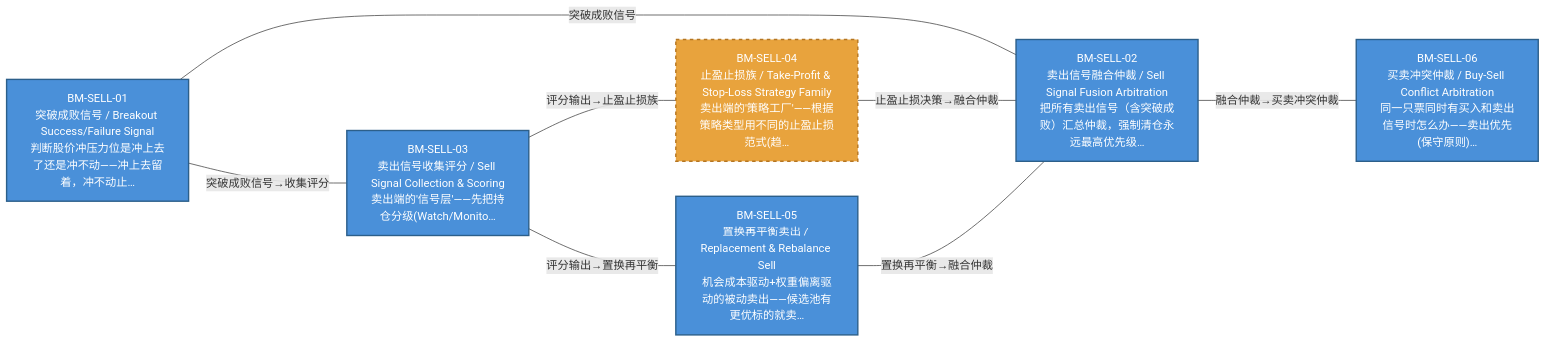
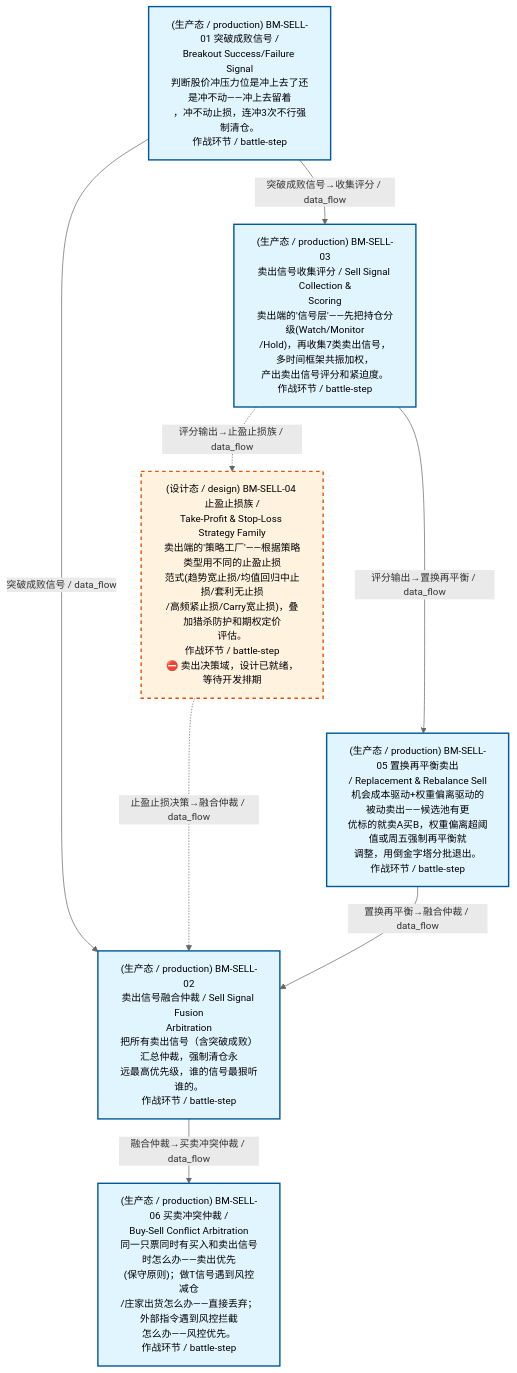
One commit to xuanFelixVan/ZephyrAlpha changed the diagram in docs/02_enterprise_architecture/07_trading_decision_architecture/battle_map/battle_map_03_sell_flow.md. Above: the diagram before and after it, drawn with Mermaid. The commit also changed other lines of this file and 10 other files, not shown here.

First line of the commit message:
feat(battle_map): 按可视化视图模板升级作战地图全部文档

````diff
--- a/docs/02_enterprise_architecture/07_trading_decision_architecture/battle_map/battle_map_03_sell_flow.md
+++ b/docs/02_enterprise_architecture/07_trading_decision_architecture/battle_map/battle_map_03_sell_flow.md
@@ -15,22 +38,26 @@
 ```mermaid
+%%{init: {'theme': 'base', 'themeVariables': {'primaryColor': '#eaeaea', 'primaryTextColor': '#333333', 'primaryBorderColor': '#666666', 'lineColor': '#666666', 'secondaryColor': '#eaeaea', 'tertiaryColor': '#eaeaea', 'clusterBkg': 'transparent', 'clusterBorder': 'transparent', 'fontSize': '14px'}}}%%
 %% 卖出阶段图
-flowchart LR
-    BM_SELL_01["BM-SELL-01\n突破成败信号 / Breakout Success/Failure Signal\n判断股价冲压力位是冲上去了还是冲不动——冲上去留着，冲不动止…"]:::production
-    BM_SELL_02["BM-SELL-02\n卖出信号融合仲裁 / Sell Signal Fusion Arbitration\n把所有卖出信号（含突破成败）汇总仲裁，强制清仓永远最高优先级…"]:::production
-    BM_SELL_03["BM-SELL-03\n卖出信号收集评分 / Sell Signal Collection & Scoring\n卖出端的'信号层'——先把持仓分级(Watch/Monito…"]:::production
-    BM_SELL_04["BM-SELL-04\n止盈止损族 / Take-Profit & Stop-Loss Strategy Family\n卖出端的'策略工厂'——根据策略类型用不同的止盈止损范式(趋…"]:::design
-    BM_SELL_05["BM-SELL-05\n置换再平衡卖出 / Replacement & Rebalance Sell\n机会成本驱动+权重偏离驱动的被动卖出——候选池有更优标的就卖…"]:::production
-    BM_SELL_06["BM-SELL-06\n买卖冲突仲裁 / Buy-Sell Conflict Arbitration\n同一只票同时有买入和卖出信号时怎么办——卖出优先(保守原则)…"]:::production
-    BM_SELL_01 --- |突破成败信号| BM_SELL_02
-    BM_SELL_01 --- |突破成败信号→收集评分| BM_SELL_03
-    BM_SELL_03 --- |评分输出→止盈止损族| BM_SELL_04
-    BM_SELL_03 --- |评分输出→置换再平衡| BM_SELL_05
-    BM_SELL_04 --- |止盈止损决策→融合仲裁| BM_SELL_02
-    BM_SELL_05 --- |置换再平衡→融合仲裁| BM_SELL_02
-    BM_SELL_02 --- |融合仲裁→买卖冲突仲裁| BM_SELL_06
-classDef production fill:#4A90D9,stroke:#2C5F8A,color:#fff,stroke-width:2px;
-classDef design fill:#E8A33D,stroke:#B57520,color:#fff,stroke-width:2px,stroke-dasharray: 5 5;
-classDef deprecated fill:#D93636,stroke:#A02020,color:#fff,stroke-width:2px;
-classDef missing fill:#BBBBBB,stroke:#888888,color:#fff,stroke-width:2px;
-classDef candidate fill:#F4D03F,stroke:#B7950B,color:#000,stroke-width:2px;
+flowchart TD
+    BM_SELL_01["(生产态 / production) BM-SELL-01 突破成败信号 /<br/>Breakout Success/Failure Signal<br/>判断股价冲压力位是冲上去了还是冲不动——冲上去留着<br/>，冲不动止损，连冲3次不行强制清仓。<br/>作战环节 / battle-step"]
+    BM_SELL_02["(生产态 / production) BM-SELL-02<br/>卖出信号融合仲裁 / Sell Signal Fusion<br/>Arbitration<br/>把所有卖出信号（含突破成败）汇总仲裁，强制清仓永<br/>远最高优先级，谁的信号最狠听谁的。<br/>作战环节 / battle-step"]
+    BM_SELL_03["(生产态 / production) BM-SELL-03<br/>卖出信号收集评分 / Sell Signal Collection &<br/>Scoring<br/>卖出端的'信号层'——先把持仓分级(Watch/Monitor<br/>/Hold)，再收集7类卖出信号，多时间框架共振加权，<br/>产出卖出信号评分和紧迫度。<br/>作战环节 / battle-step"]
+    BM_SELL_04["(设计态 / design) BM-SELL-04 止盈止损族 /<br/>Take-Profit & Stop-Loss Strategy Family<br/>卖出端的'策略工厂'——根据策略类型用不同的止盈止损<br/>范式(趋势宽止损/均值回归中止损/套利无止损<br/>/高频紧止损/Carry宽止损)，叠加猎杀防护和期权定价<br/>评估。<br/>作战环节 / battle-step<br/>⛔ 卖出决策域，设计已就绪，等待开发排期"]
+    BM_SELL_05["(生产态 / production) BM-SELL-05 置换再平衡卖出<br/>/ Replacement & Rebalance Sell<br/>机会成本驱动+权重偏离驱动的被动卖出——候选池有更<br/>优标的就卖A买B，权重偏离超阈值或周五强制再平衡就<br/>调整，用倒金字塔分批退出。<br/>作战环节 / battle-step"]
+    BM_SELL_06["(生产态 / production) BM-SELL-06 买卖冲突仲裁 /<br/>Buy-Sell Conflict Arbitration<br/>同一只票同时有买入和卖出信号时怎么办——卖出优先<br/>(保守原则)；做T信号遇到风控减仓<br/>/庄家出货怎么办——直接丢弃；外部指令遇到风控拦截<br/>怎么办——风控优先。<br/>作战环节 / battle-step"]
+    BM_SELL_04 ~~~ BM_SELL_05
+    BM_SELL_01 -->|突破成败信号 / data_flow| BM_SELL_02
+    BM_SELL_01 -->|突破成败信号→收集评分 / data_flow| BM_SELL_03
+    BM_SELL_03 -.->|评分输出→止盈止损族 / data_flow| BM_SELL_04
+    BM_SELL_03 -->|评分输出→置换再平衡 / data_flow| BM_SELL_05
+    BM_SELL_04 -.->|止盈止损决策→融合仲裁 / data_flow| BM_SELL_02
+    BM_SELL_05 -->|置换再平衡→融合仲裁 / data_flow| BM_SELL_02
+    BM_SELL_02 -->|融合仲裁→买卖冲突仲裁 / data_flow| BM_SELL_06
+classDef production fill:#e1f5fe,stroke:#01579b,stroke-width:2px,color:#000
+classDef design fill:#fff3e0,stroke:#e65100,stroke-width:2px,color:#000,stroke-dasharray: 5 5
+classDef deprecated fill:#ffebee,stroke:#c62828,stroke-width:2px,color:#000
+classDef missing fill:#eeeeee,stroke:#9e9e9e,stroke-width:2px,color:#000
+classDef candidate fill:#fffde7,stroke:#f9a825,stroke-width:2px,color:#000,stroke-dasharray: 5 5
+    class BM_SELL_01,BM_SELL_02,BM_SELL_03,BM_SELL_05,BM_SELL_06 production
+    class BM_SELL_04 design
 ```
````
